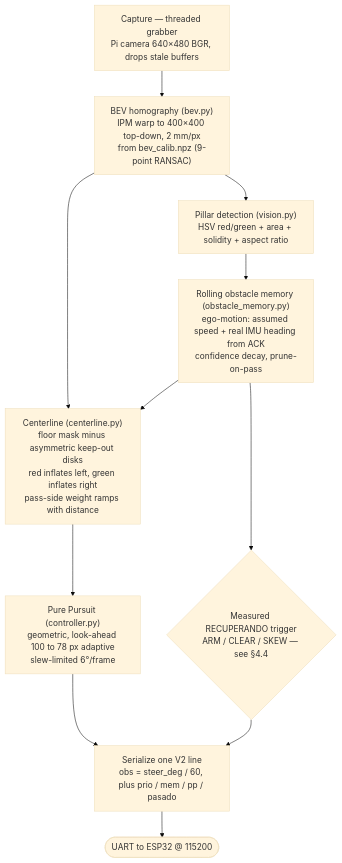
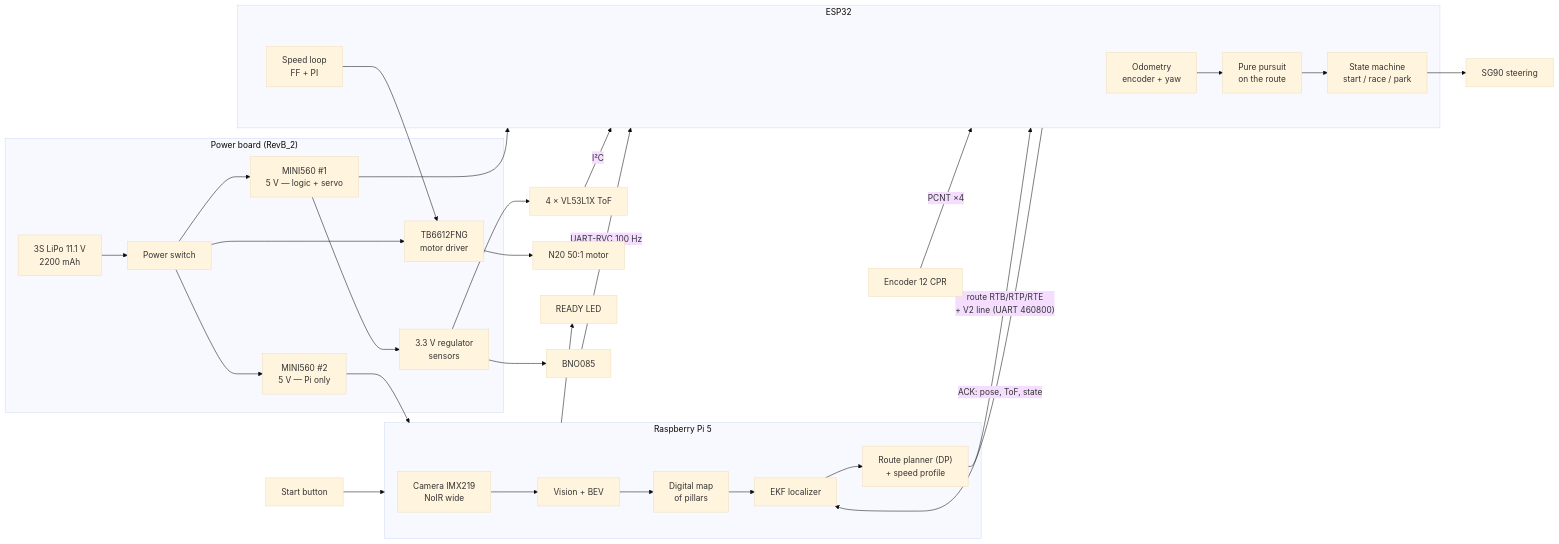
One commit to Nakashima26/WRO_FE_2026_FoxRobotics changed the first of 6 diagrams in README.md. Above: the diagram before and after it, drawn with Mermaid (base theme). The commit also changed other lines of this file and 14 other files, not shown here.

````diff
--- a/README.md
+++ b/README.md
@@ -649,21 +159,34 @@
 ```mermaid
-flowchart TB
-    A["Capture — threaded grabber<br/>Pi camera 640×480 BGR, drops stale buffers"]
-    B["BEV homography (bev.py)<br/>IPM warp to 400×400 top-down, 2 mm/px<br/>from bev_calib.npz (9-point RANSAC)"]
-    C["Pillar detection (vision.py)<br/>HSV red/green + area + solidity + aspect ratio"]
-    D["Centerline (centerline.py)<br/>floor mask minus asymmetric keep-out disks<br/>red inflates left, green inflates right<br/>pass-side weight ramps with distance"]
-    E["Rolling obstacle memory (obstacle_memory.py)<br/>ego-motion: assumed speed + real IMU heading from ACK<br/>confidence decay, prune-on-pass"]
-    F{"Measured RECUPERANDO trigger<br/>ARM / CLEAR / SKEW — see §4.4"}
-    G["Pure Pursuit (controller.py)<br/>geometric, look-ahead 100 to 78 px adaptive<br/>slew-limited 6°/frame"]
-    H["Serialize one V2 line<br/>obs = steer_deg / 60, plus prio / mem / pp / pasado"]
-    A --> B
-    B --> C
-    B --> D
-    C --> E
-    E --> D
-    E --> F
-    D --> G
-    G --> H
-    F --> H
-    H --> Z(["UART to ESP32 @ 115200"])
+flowchart LR
+  subgraph PWR["Power board (RevB_2)"]
+    BAT["3S LiPo 11.1 V<br/>2200 mAh"] --> SW["Power switch"]
+    SW --> BUCKPI["MINI560 #2<br/>5 V — Pi only"]
+    SW --> BUCK["MINI560 #1<br/>5 V — logic + servo"]
+    SW --> DRV["TB6612FNG<br/>motor driver"]
+    BUCK --> REG33["3.3 V regulator<br/>sensors"]
+  end
+  subgraph PI["Raspberry Pi 5"]
+    CAM["Camera IMX219<br/>NoIR wide"] --> VIS["Vision + BEV"]
+    VIS --> MAP["Digital map<br/>of pillars"]
+    MAP --> LOC["EKF localizer"]
+    LOC --> PLAN["Route planner (DP)<br/>+ speed profile"]
+  end
+  subgraph ESP["ESP32"]
+    ODO["Odometry<br/>encoder + yaw"] --> PP["Pure pursuit<br/>on the route"]
+    PP --> SM["State machine<br/>start / race / park"]
+    SPD["Speed loop<br/>FF + PI"]
+  end
+  BUCKPI --> PI
+  BUCK --> ESP
+  REG33 --> TOF["4 × VL53L1X ToF"]
+  REG33 --> IMU["BNO085"]
+  PLAN -- "route RTB/RTP/RTE<br/>+ V2 line (UART 460800)" --> ESP
+  ESP -- "ACK: pose, ToF, state" --> LOC
+  TOF -- "I²C" --> ESP
+  IMU -- "UART-RVC 100 Hz" --> ESP
+  ENC["Encoder 12 CPR"] -- "PCNT ×4" --> ESP
+  SM --> SERVO["SG90 steering"]
+  SPD --> DRV --> MOT["N20 50:1 motor"]
+  BTN["Start button"] --> PI
+  PI --> LED["READY LED"]
 ```
````
